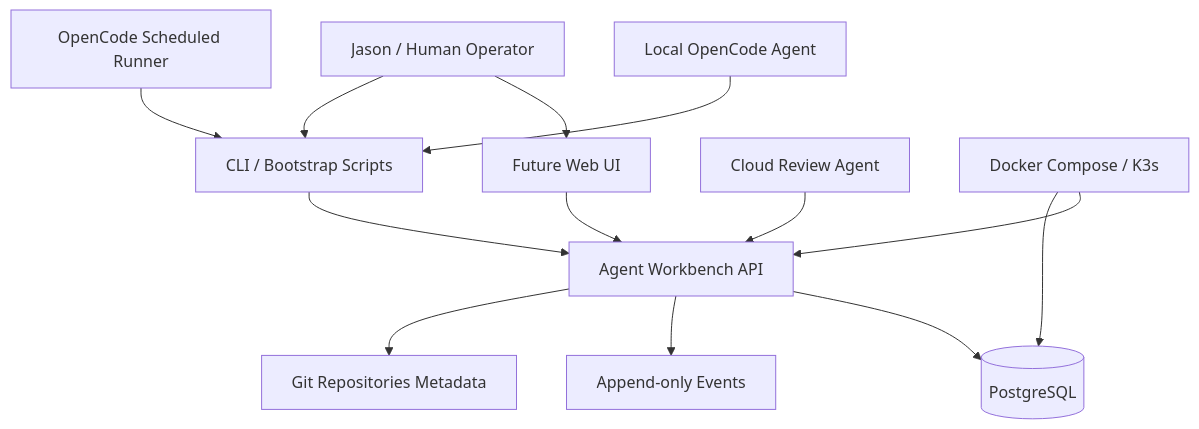
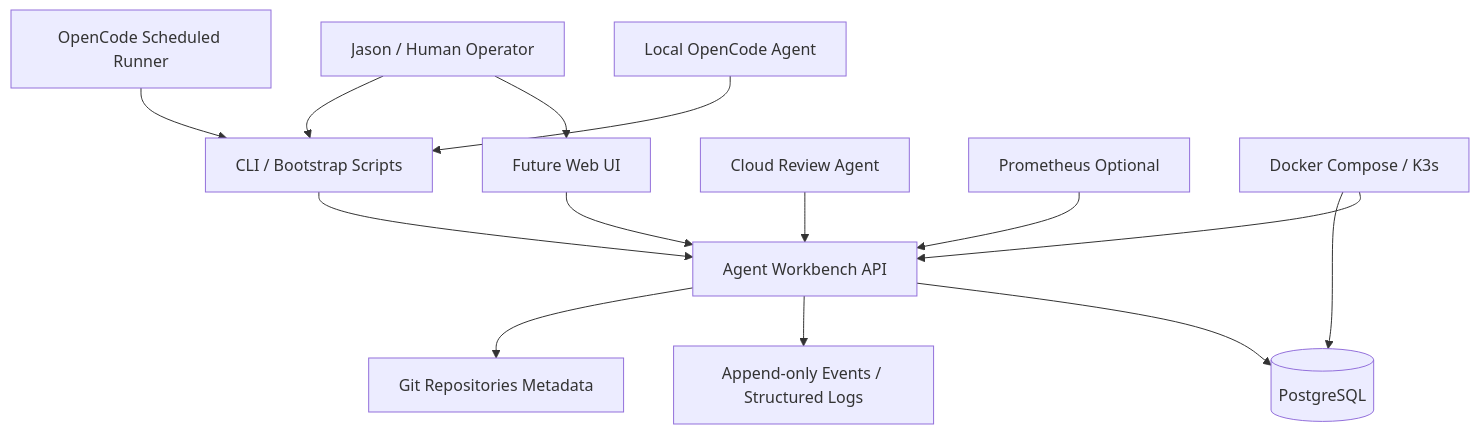
One commit to awesomejt/agent-workbench changed the diagram in docs/Architecture.md. Above: the diagram before and after it, drawn with Mermaid. The commit also changed other lines of this file and 8 other files, not shown here.

````diff
--- a/docs/Architecture.md
+++ b/docs/Architecture.md
@@ -11,15 +11,16 @@
 ```mermaid
 flowchart TD
     Human[Jason / Human Operator] --> Web[Future Web UI]
     Human --> CLI[CLI / Bootstrap Scripts]
     LocalAgent[Local OpenCode Agent] --> CLI
     CloudAgent[Cloud Review Agent] --> API[Agent Workbench API]
     CLI --> API
     Web --> API
     API --> DB[(PostgreSQL)]
-    API --> Events[Append-only Events]
+    API --> Events[Append-only Events / Structured Logs]
+    Prometheus[Prometheus Optional] --> API
     API --> Git[Git Repositories Metadata]
     OpenCode[OpenCode Scheduled Runner] --> CLI
     Compose[Docker Compose / K3s] --> API
     Compose --> DB
 ```
````
